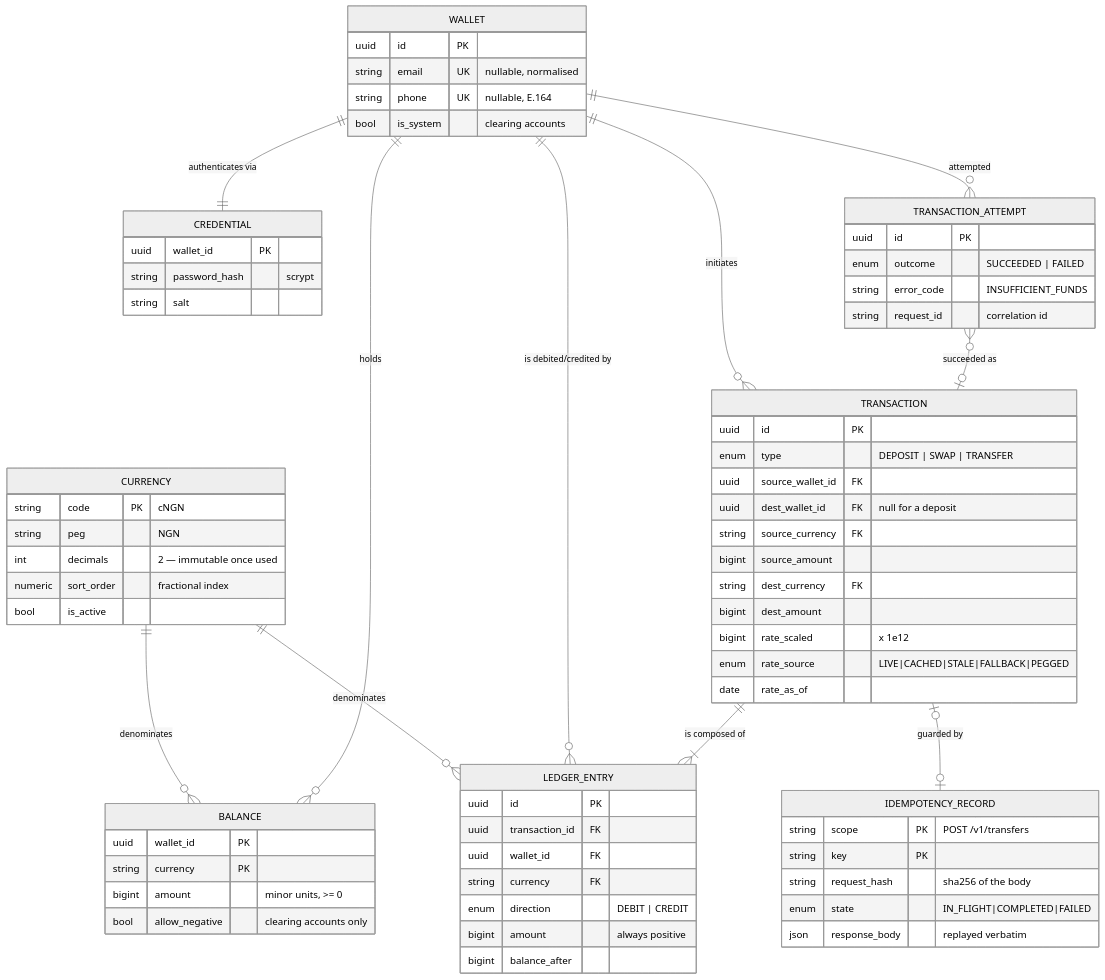
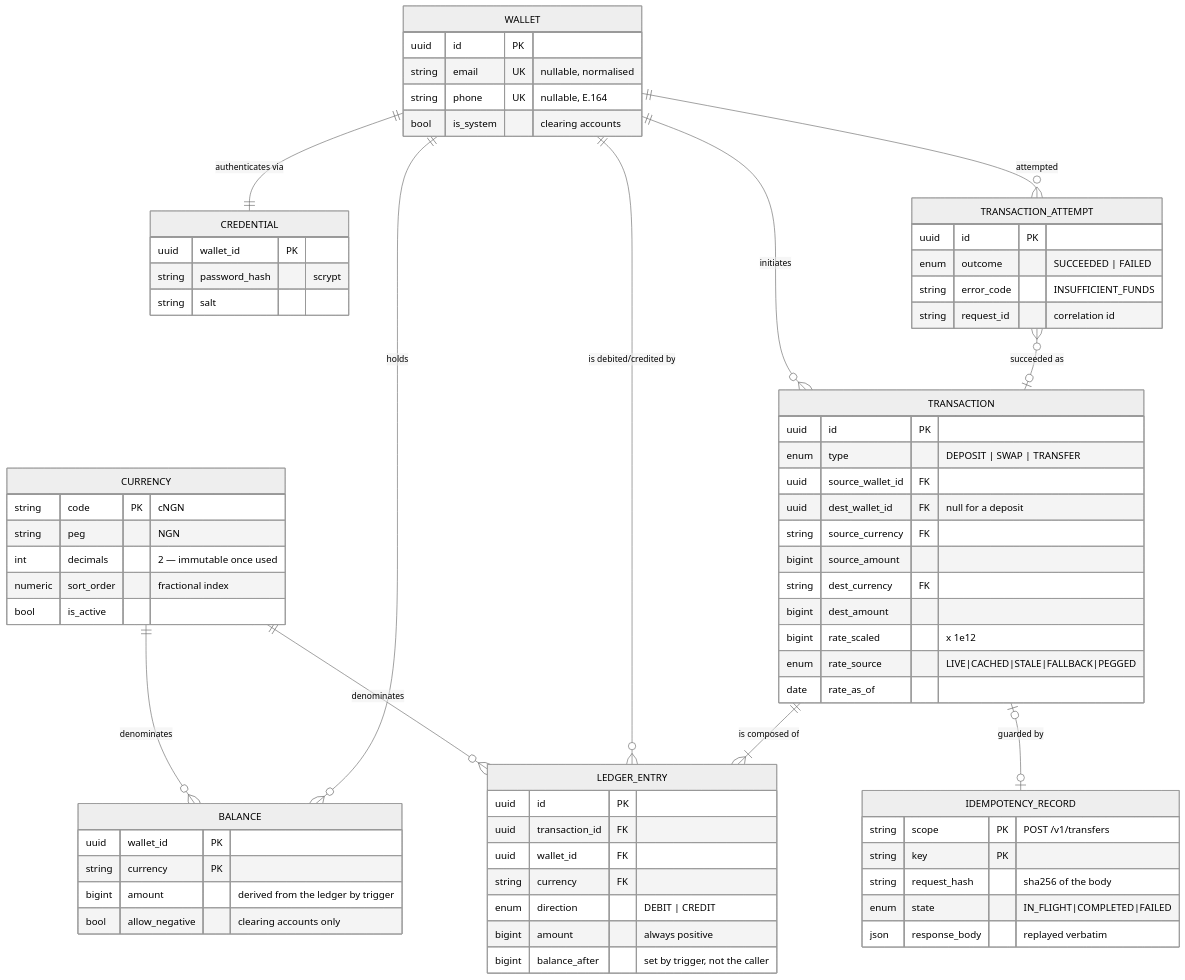
The first of 2 diagrams in README.md (victorukeh/Swipe-Pay), drawn with Mermaid (neutral theme) before and after one commit. The commit also changed other lines of this file and 4 other files, not shown here.

````diff
--- a/README.md
+++ b/README.md
@@ -311,73 +374,73 @@
 ```mermaid
 erDiagram
     CURRENCY  ||--o{ BALANCE            : denominates
     CURRENCY  ||--o{ LEDGER_ENTRY       : denominates
     WALLET    ||--o{ BALANCE            : holds
     WALLET    ||--|| CREDENTIAL         : "authenticates via"
     WALLET    ||--o{ LEDGER_ENTRY       : "is debited/credited by"
     WALLET    ||--o{ TRANSACTION        : initiates
     WALLET    ||--o{ TRANSACTION_ATTEMPT: attempted
     TRANSACTION ||--|{ LEDGER_ENTRY     : "is composed of"
     TRANSACTION |o--o| IDEMPOTENCY_RECORD : "guarded by"
     TRANSACTION_ATTEMPT }o--o| TRANSACTION : "succeeded as"
 
     CURRENCY {
         string  code PK "cNGN"
         string  peg "NGN"
         int     decimals "2 — immutable once used"
         numeric sort_order "fractional index"
         bool    is_active
     }
     WALLET {
         uuid    id PK
         string  email UK "nullable, normalised"
         string  phone UK "nullable, E.164"
         bool    is_system "clearing accounts"
     }
     CREDENTIAL {
         uuid   wallet_id PK
         string password_hash "scrypt"
         string salt
     }
     BALANCE {
         uuid   wallet_id PK
         string currency PK
-        bigint amount "minor units, >= 0"
+        bigint amount "derived from the ledger by trigger"
         bool   allow_negative "clearing accounts only"
     }
     TRANSACTION {
         uuid   id PK
         enum   type "DEPOSIT | SWAP | TRANSFER"
         uuid   source_wallet_id FK
         uuid   dest_wallet_id FK "null for a deposit"
         string source_currency FK
         bigint source_amount
         string dest_currency FK
         bigint dest_amount
         bigint rate_scaled "x 1e12"
         enum   rate_source "LIVE|CACHED|STALE|FALLBACK|PEGGED"
         date   rate_as_of
     }
     LEDGER_ENTRY {
         uuid   id PK
         uuid   transaction_id FK
         uuid   wallet_id FK
         string currency FK
         enum   direction "DEBIT | CREDIT"
         bigint amount "always positive"
-        bigint balance_after
+        bigint balance_after "set by trigger, not the caller"
     }
     IDEMPOTENCY_RECORD {
         string scope PK "POST /v1/transfers"
         string key PK
         string request_hash "sha256 of the body"
         enum   state "IN_FLIGHT|COMPLETED|FAILED"
         json   response_body "replayed verbatim"
     }
     TRANSACTION_ATTEMPT {
         uuid   id PK
         enum   outcome "SUCCEEDED | FAILED"
         string error_code "INSUFFICIENT_FUNDS"
         string request_id "correlation id"
     }
 ```
````
